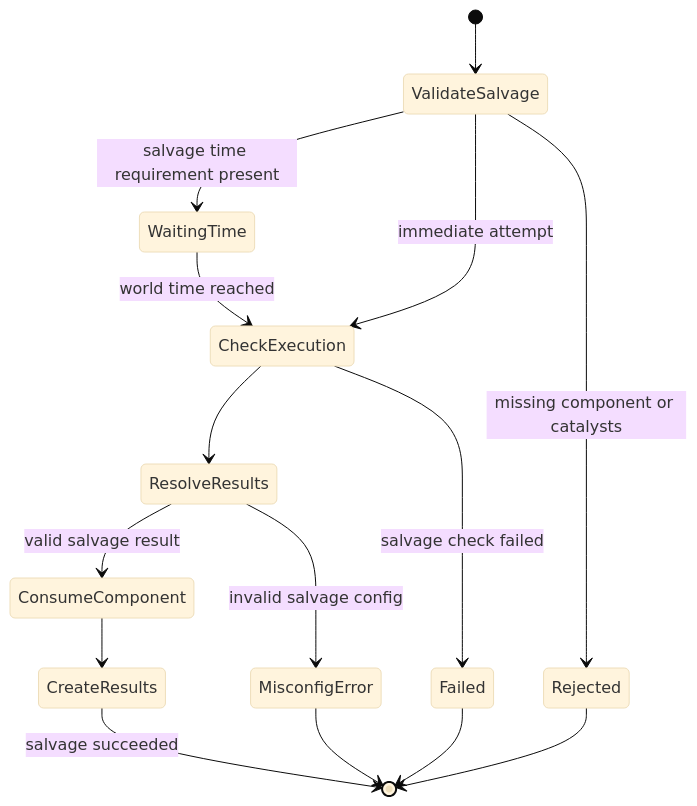
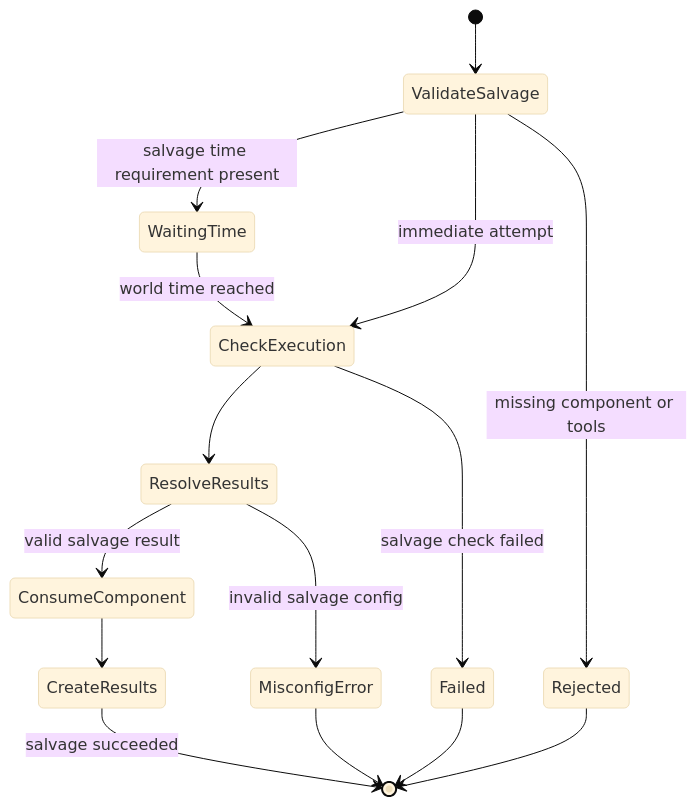
The third of 4 diagrams in DOMAIN.md (mistersilver-uk/fabricate), drawn with Mermaid (base theme) before and after one commit. The commit also changed other lines of this file and 194 other files, not shown here.

````diff
--- a/DOMAIN.md
+++ b/DOMAIN.md
@@ -258,17 +290,17 @@
 ```mermaid
 stateDiagram-v2
     [*] --> ValidateSalvage
     ValidateSalvage --> WaitingTime: salvage time requirement present
     ValidateSalvage --> CheckExecution: immediate attempt
-    ValidateSalvage --> Rejected: missing component or catalysts
+    ValidateSalvage --> Rejected: missing component or tools
     WaitingTime --> CheckExecution: world time reached
     CheckExecution --> ResolveResults
     CheckExecution --> Failed: salvage check failed
     ResolveResults --> ConsumeComponent: valid salvage result
     ResolveResults --> MisconfigError: invalid salvage config
     ConsumeComponent --> CreateResults
     CreateResults --> [*]: salvage succeeded
     Failed --> [*]
     Rejected --> [*]
     MisconfigError --> [*]
 ```
````
